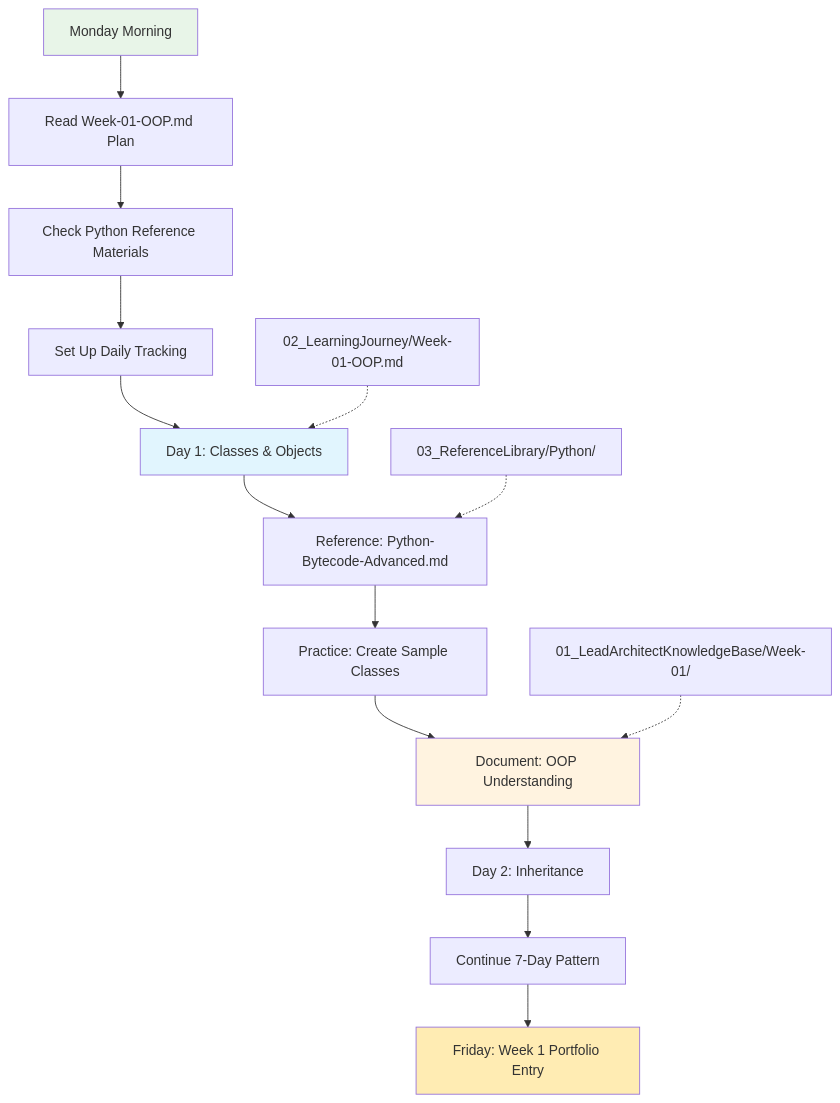
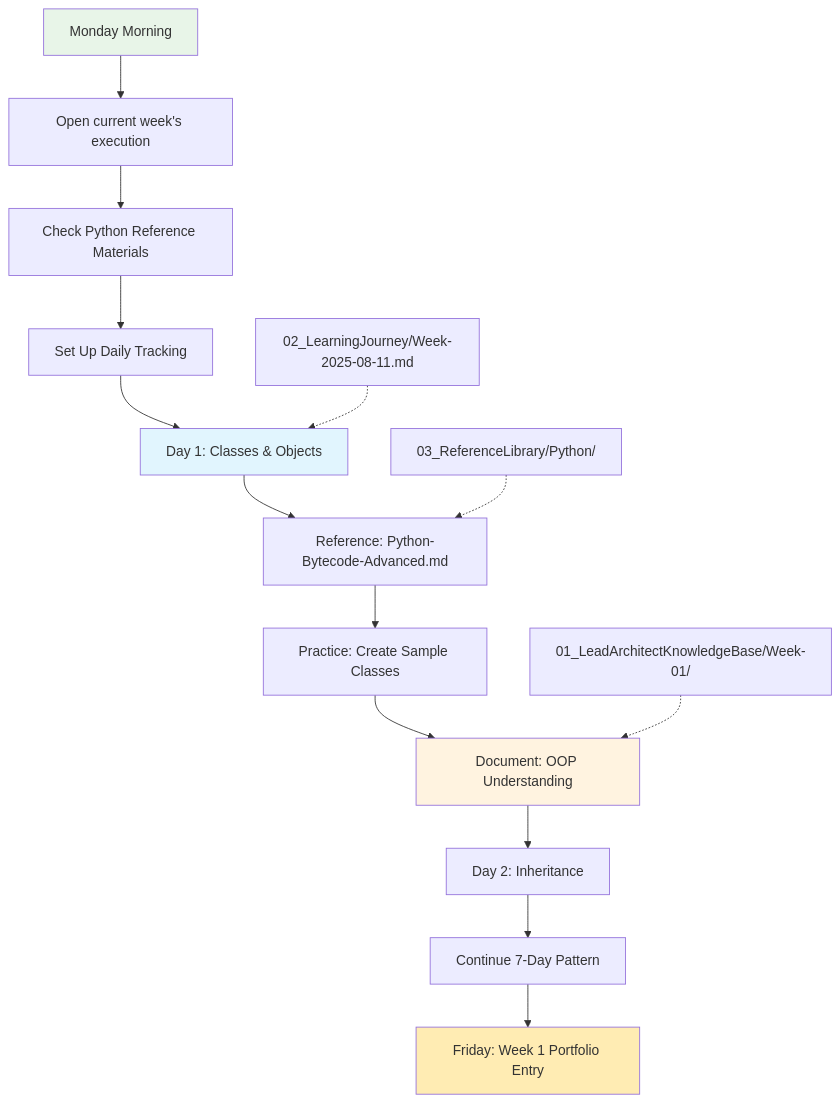
One commit to Swamy-s-Tech-Skills-Academy/swamy-tech-skills-academy-main changed the seventh of 10 diagrams in README.md. Above: the diagram before and after it, drawn with Mermaid. The commit also changed other lines of this file and 5 other files, not shown here.

````diff
--- a/README.md
+++ b/README.md
@@ -305,24 +305,24 @@
 ```mermaid
 graph TD
-    A[Monday Morning] --> B[Read Week-01-OOP.md Plan]
+    A[Monday Morning] --> B[Open current week's execution]
     B --> C[Check Python Reference Materials]
     C --> D[Set Up Daily Tracking]
     D --> E[Day 1: Classes & Objects]
 
     E --> F[Reference: Python-Bytecode-Advanced.md]
     F --> G[Practice: Create Sample Classes]
     G --> H[Document: OOP Understanding]
 
     H --> I[Day 2: Inheritance]
     I --> J[Continue 7-Day Pattern]
     J --> K[Friday: Week 1 Portfolio Entry]
 
     C1[03_ReferenceLibrary/Python/] -.-> F
-    C2[02_LearningJourney/Week-01-OOP.md] -.-> E
+    C2[02_LearningJourney/Week-2025-08-11.md] -.-> E
     C3[01_LeadArchitectKnowledgeBase/Week-01/] -.-> H
 
     style A fill:#e8f5e8
     style E fill:#e1f5fe
     style H fill:#fff3e0
     style K fill:#ffecb3
 ```
````
